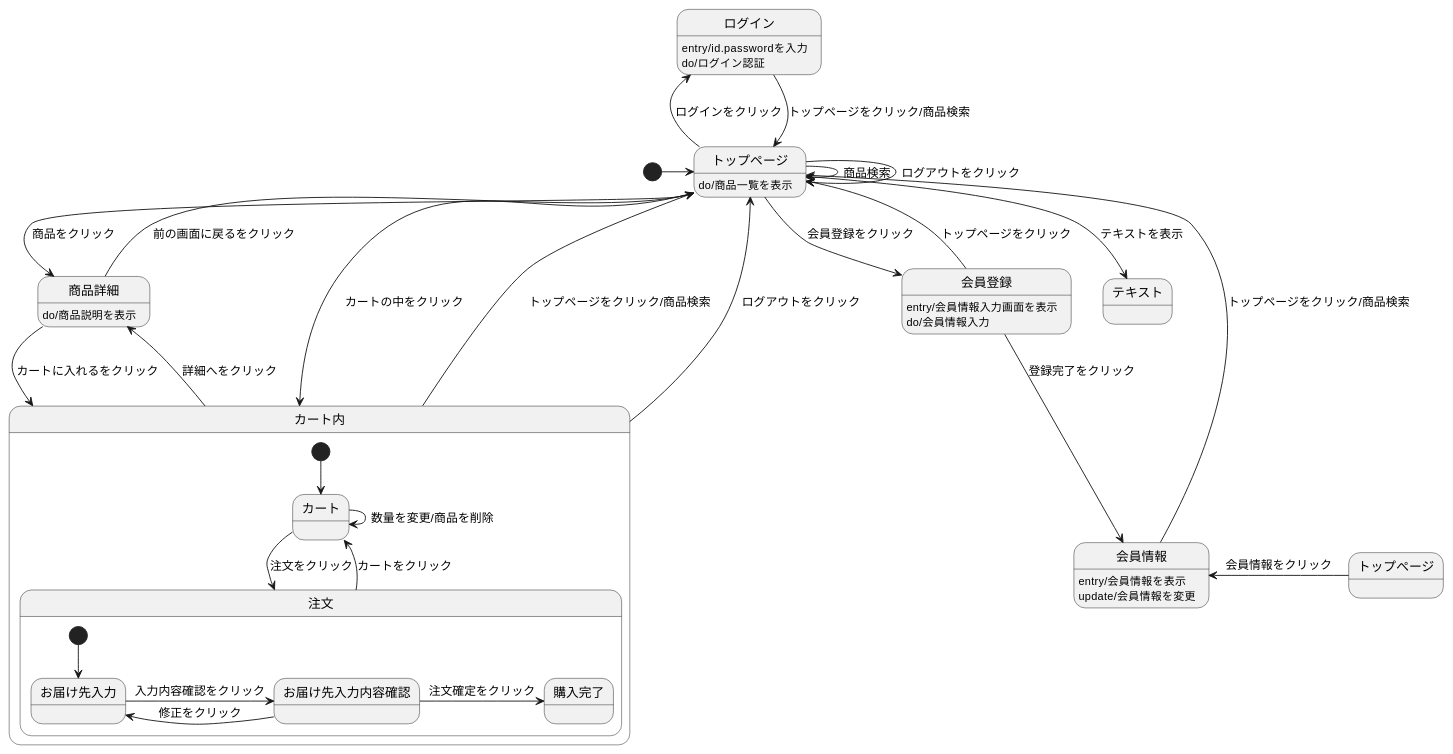
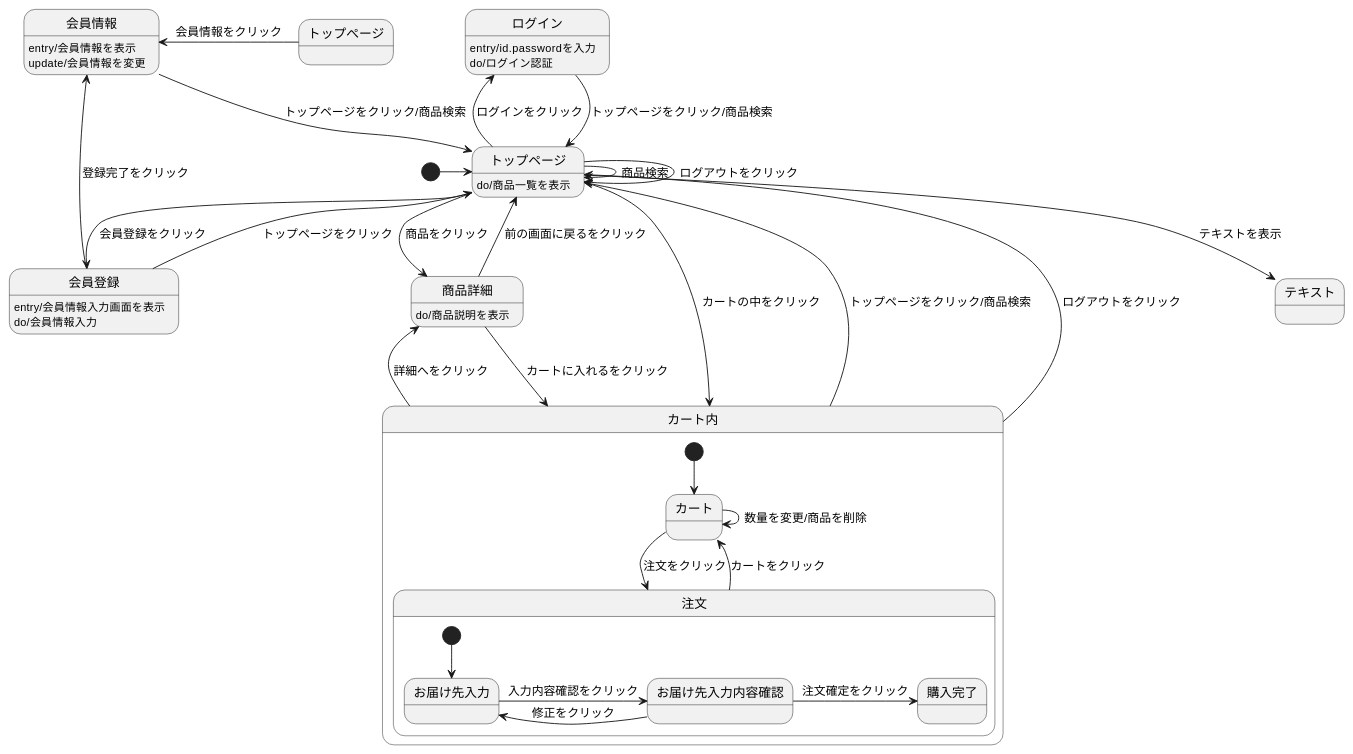
Before and after one commit to Aso2001007/System4: the diagram in 03_画面遷移図/画面遷移図.md, drawn with PlantUML.

````diff
--- a/03_画面遷移図/画面遷移図.md
+++ b/03_画面遷移図/画面遷移図.md
@@ -1,54 +1,54 @@
 ```uml
 
 @startuml
 [*] -> トップページ 
 
-会員登録 --> トップページ : トップページをクリック
-会員登録 --> 会員情報 :登録完了をクリック
+会員登録 -left-> トップページ : トップページをクリック
+会員登録 -left-> 会員情報 :登録完了をクリック
 会員登録 :entry/会員情報入力画面を表示
 会員登録 :do/会員情報入力
 
 会員情報 --> トップページ : トップページをクリック/商品検索 
 会員情報 : entry/会員情報を表示
 会員情報 : update/会員情報を変更
 
 ログイン --> トップページ : トップページをクリック/商品検索 
 ログイン : entry/id.passwordを入力 
 ログイン : do/ログイン認証 
 
 トップページ --> 会員登録 : 会員登録をクリック
 トップページ --> トップページ : ログアウトをクリック 
 トップページ -> トップページ : 商品検索 
 トップページ -> 商品詳細 : 商品をクリック 
 トップぺージ -left-> 会員情報 : 会員情報をクリック 
 トップページ -left-> ログイン : ログインをクリック 
 トップページ --> カート内 : カートの中をクリック 
 トップページ --> テキスト : テキストを表示
 トップページ : do/商品一覧を表示 
 
 商品詳細 --> カート内 : カートに入れるをクリック 
 商品詳細 --> トップページ : 前の画面に戻るをクリック 
 商品詳細 : do/商品説明を表示
 
  
 
 カート内 -up-> トップページ : トップページをクリック/商品検索 
 カート内 -up-> トップページ : ログアウトをクリック 
 カート内 -> 商品詳細 : 詳細へをクリック 
 
 state カート内 { 
   [*] --> カート 
   カート -> 注文 : 注文をクリック 
   カート -> カート : 数量を変更/商品を削除 
   注文 --> カート : カートをクリック 
 
   state 注文 { 
     [*] --> お届け先入力 
     お届け先入力 -> お届け先入力内容確認 : 入力内容確認をクリック 
     お届け先入力内容確認 -> お届け先入力 : 修正をクリック 
     お届け先入力内容確認 -> 購入完了 : 注文確定をクリック 
   } 
 }
 @enduml
 
 ```
````
